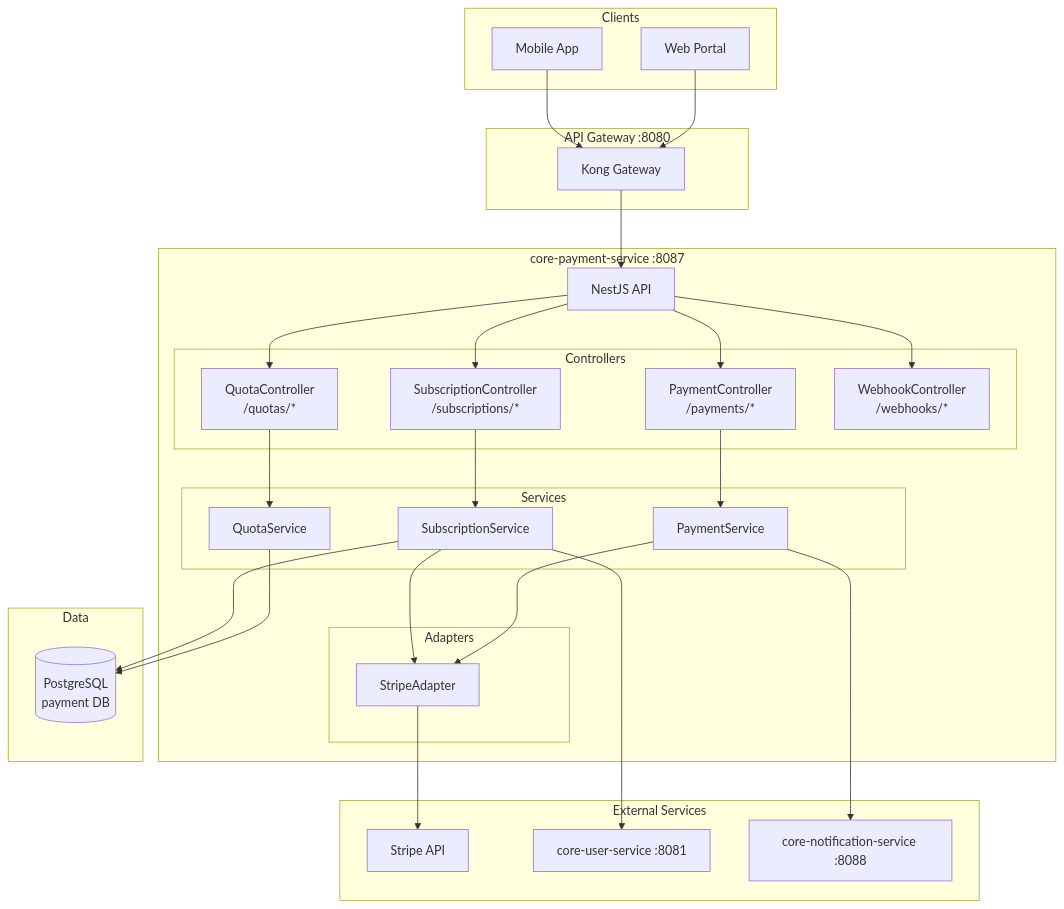
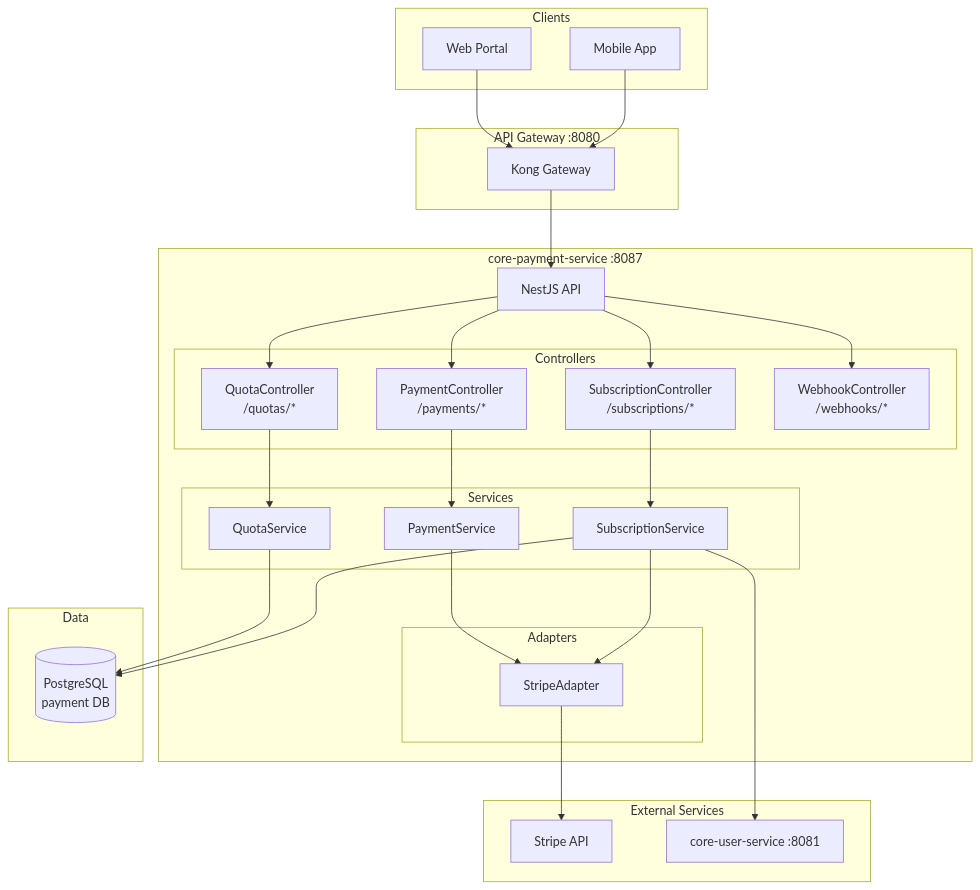
One commit to VisioBook-ESP/core-payment-service changed the first of 3 diagrams in README.md. Above: the diagram before and after it, drawn with Mermaid. The commit also changed other lines of this file and 9 other files, not shown here.

````diff
--- a/README.md
+++ b/README.md
@@ -16,64 +16,62 @@
 ```mermaid
 graph TB
     subgraph "Clients"
         MOBILE[Mobile App]
         WEB[Web Portal]
     end
 
     subgraph "API Gateway :8080"
         GW[Kong Gateway]
     end
 
     subgraph "core-payment-service :8087"
         API[NestJS API]
 
         subgraph "Controllers"
             SUB[SubscriptionController<br/>/subscriptions/*]
             PAY[PaymentController<br/>/payments/*]
             QUOTA[QuotaController<br/>/quotas/*]
             WH[WebhookController<br/>/webhooks/*]
         end
 
         subgraph "Services"
             SUB_SVC[SubscriptionService]
             PAY_SVC[PaymentService]
             QUOTA_SVC[QuotaService]
         end
 
         subgraph "Adapters"
             STRIPE[StripeAdapter]
         end
     end
 
     subgraph "Data"
         DB[(PostgreSQL<br/>payment DB)]
     end
 
     subgraph "External Services"
         STRIPE_API[Stripe API]
         USER[core-user-service :8081]
-        NOTIF[core-notification-service :8088]
     end
 
     MOBILE --> GW
     WEB --> GW
     GW --> API
 
     API --> SUB
     API --> PAY
     API --> QUOTA
     API --> WH
 
     SUB --> SUB_SVC
     PAY --> PAY_SVC
     QUOTA --> QUOTA_SVC
 
     SUB_SVC --> STRIPE
     PAY_SVC --> STRIPE
     STRIPE --> STRIPE_API
 
     SUB_SVC --> DB
     SUB_SVC --> USER
     QUOTA_SVC --> DB
-    PAY_SVC --> NOTIF
 ```
````
